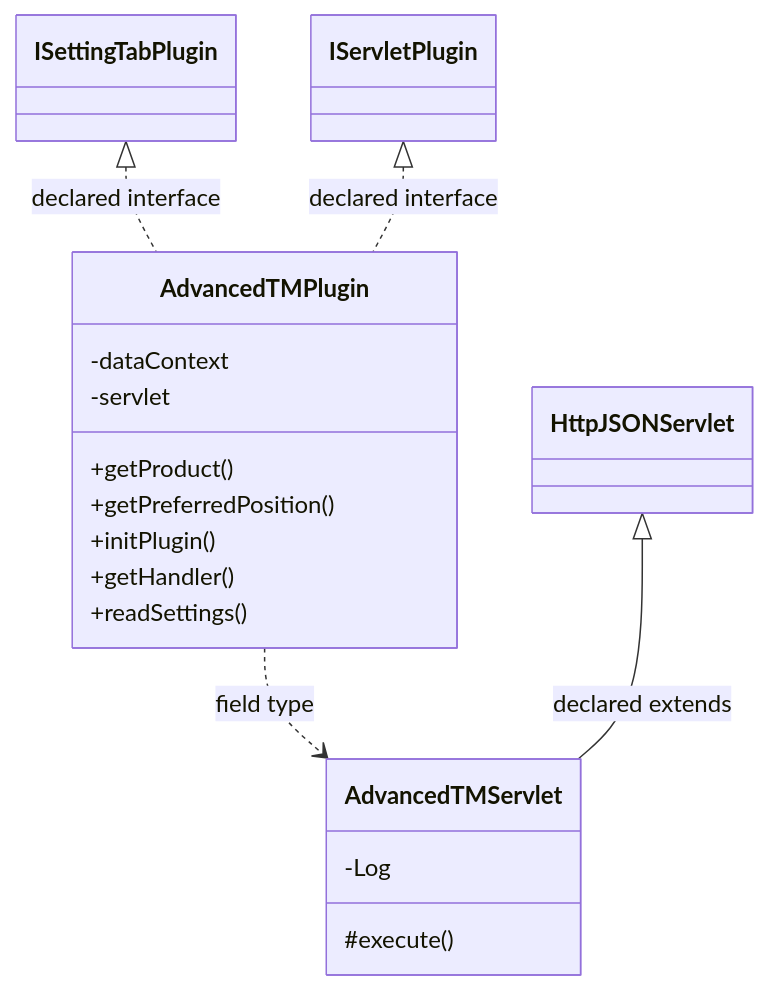
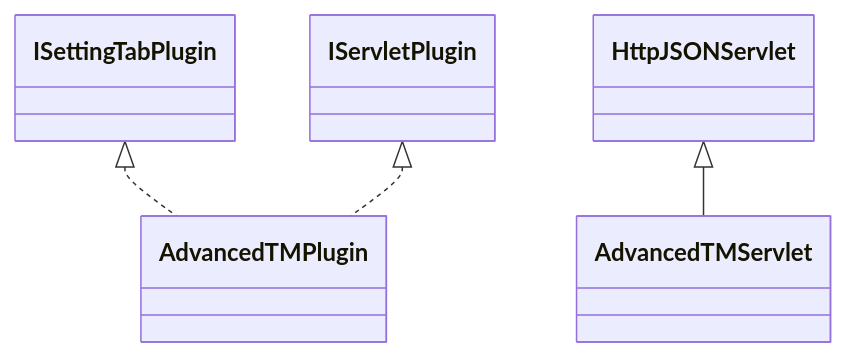
One commit to haruperi/HaruQuantAI changed the diagram in docs/sqx/Shared/SettingsAdvancedTM.md. Above: the diagram before and after it, drawn with Mermaid. The commit also changed other lines of this file and 1688 other files, not shown here.

````diff
--- a/docs/sqx/Shared/SettingsAdvancedTM.md
+++ b/docs/sqx/Shared/SettingsAdvancedTM.md
@@ -30,23 +26,11 @@
 ```mermaid
 classDiagram
-    class C73afc681e267["AdvancedTMPlugin"] {
-        -dataContext
-        -servlet
-        +getProduct()
-        +getPreferredPosition()
-        +initPlugin()
-        +getHandler()
-        +readSettings()
-    }
-    class C7c7b4060c60c["AdvancedTMServlet"] {
-        -Log
-        #execute()
-    }
-    class C249b5c671b1a["IServletPlugin"]
-    class C27734eb41505["ISettingTabPlugin"]
-    class C8900f90ae594["HttpJSONServlet"]
-    C27734eb41505 <|.. C73afc681e267 : declared interface
-    C249b5c671b1a <|.. C73afc681e267 : declared interface
-    C73afc681e267 ..> C7c7b4060c60c : field type
-    C8900f90ae594 <|-- C7c7b4060c60c : declared extends
+    class C0["AdvancedTMPlugin"]
+    class C1["AdvancedTMServlet"]
+    class E0["ISettingTabPlugin"]
+    E0 <|.. C0
+    class E1["IServletPlugin"]
+    E1 <|.. C0
+    class E2["HttpJSONServlet"]
+    E2 <|-- C1
 ```
````
